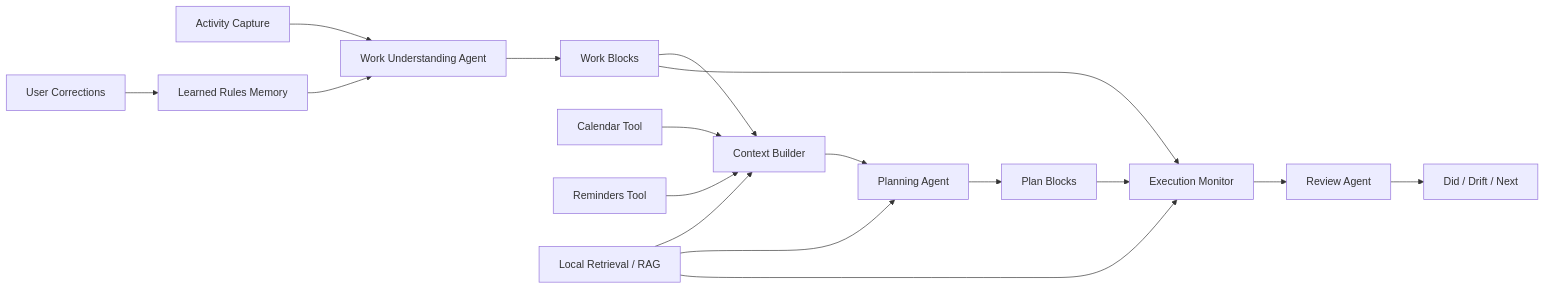
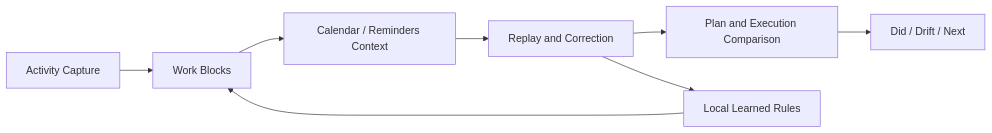
Before and after one commit to aurumltd/Trace_V3_showcase: the diagram in README.md, drawn with Mermaid. The commit also changed other lines of this file and 8 other files, not shown here.

````diff
--- a/README.md
+++ b/README.md
@@ -58,19 +41,10 @@
 ```mermaid
 flowchart LR
-  A[Activity Capture] --> B[Work Understanding Agent]
-  B --> C[Work Blocks]
-  D[Calendar Tool] --> E[Context Builder]
-  F[Reminders Tool] --> E
-  G[Learned Rules Memory] --> B
-  R[Local Retrieval / RAG] --> E
-  R --> H
-  R --> J
-  C --> E
-  E --> H[Planning Agent]
-  H --> I[Plan Blocks]
-  I --> J[Execution Monitor]
-  C --> J
-  J --> K[Review Agent]
-  K --> L[Did / Drift / Next]
-  M[User Corrections] --> G
+  A[Activity Capture] --> B[Work Blocks]
+  B --> C[Calendar / Reminders Context]
+  C --> D[Replay and Correction]
+  D --> E[Plan and Execution Comparison]
+  E --> F[Did / Drift / Next]
+  D --> G[Local Learned Rules]
+  G --> B
 ```
````
